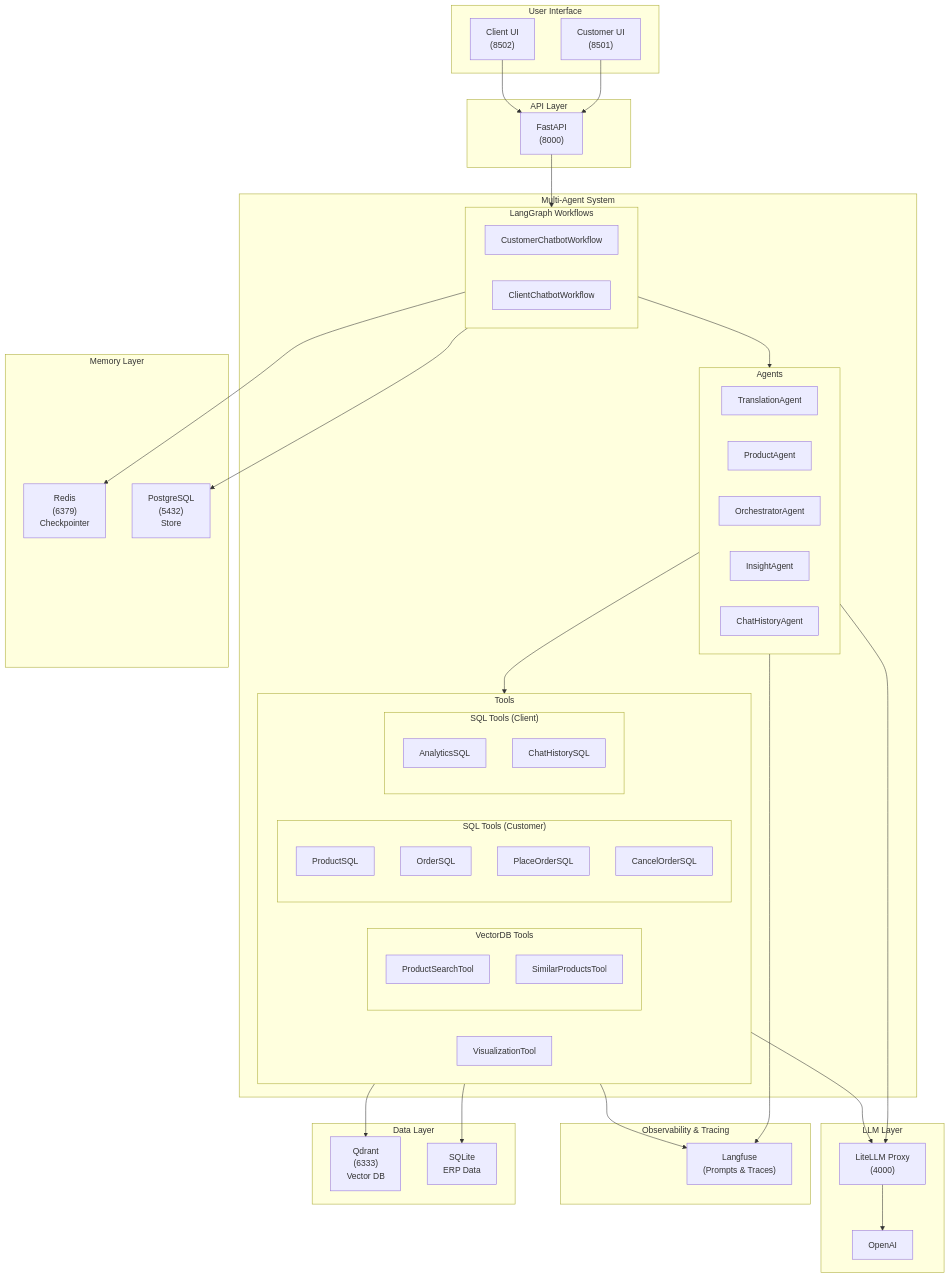
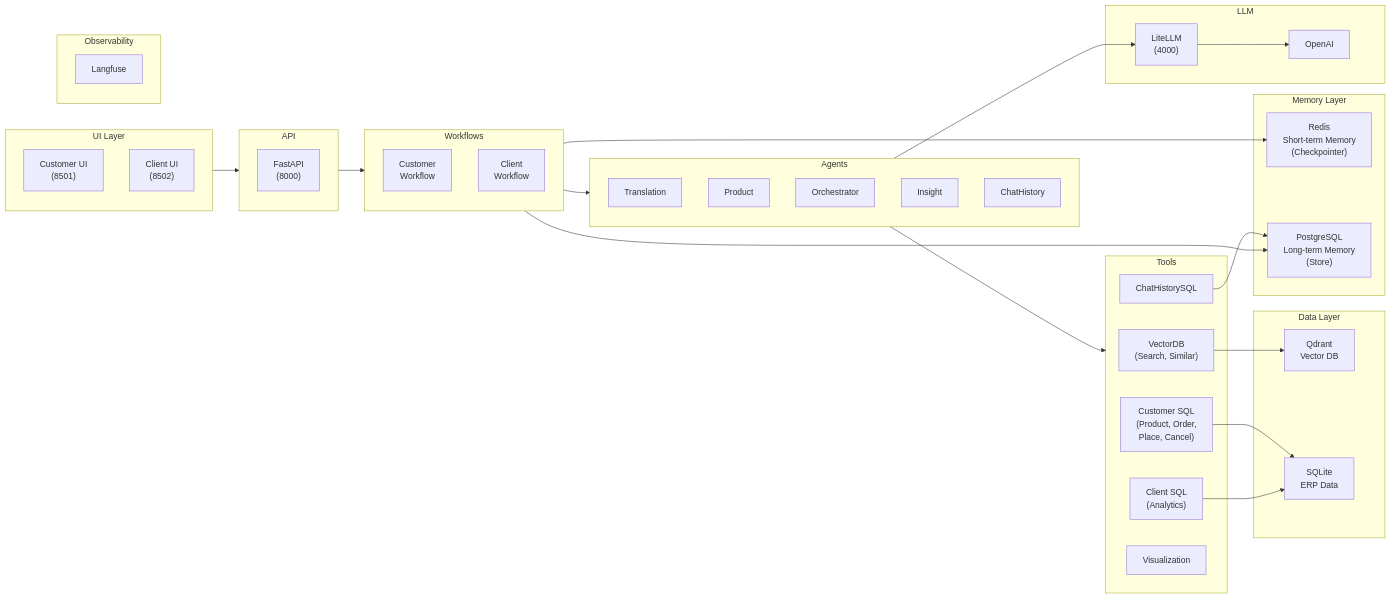
Before and after one commit to mhokchuekchuek/mtl_agent: the diagram in docs/assets/diagrams/misc/README_1.mmd, drawn with Mermaid. The commit also changed 11 other files, not shown here.

Commit message:
docs: update diagrams and documentation files

```diff
--- a/docs/assets/diagrams/misc/README_1.mmd
+++ b/docs/assets/diagrams/misc/README_1.mmd
@@ -1,74 +1,58 @@
-flowchart TB
-    subgraph UI["User Interface"]
+flowchart LR
+    subgraph UI["UI Layer"]
         CustomerUI["Customer UI<br/>(8501)"]
         ClientUI["Client UI<br/>(8502)"]
     end
 
-    subgraph API["API Layer"]
+    subgraph API["API"]
         FastAPI["FastAPI<br/>(8000)"]
     end
 
-    subgraph MAS["Multi-Agent System"]
-        subgraph Workflows["LangGraph Workflows"]
-            CustomerWorkflow["CustomerChatbotWorkflow"]
-            ClientWorkflow["ClientChatbotWorkflow"]
-        end
-        subgraph Agents["Agents"]
-            Translation["TranslationAgent"]
-            Product["ProductAgent"]
-            Orchestrator["OrchestratorAgent"]
-            Insight["InsightAgent"]
-            ChatHistoryAgent["ChatHistoryAgent"]
-        end
-        subgraph Tools["Tools"]
-            subgraph VectorDB["VectorDB Tools"]
-                Search["ProductSearchTool"]
-                Similar["SimilarProductsTool"]
-            end
-            subgraph SQLCustomer["SQL Tools (Customer)"]
-                ProductSQL["ProductSQL"]
-                OrderSQL["OrderSQL"]
-                PlaceOrder["PlaceOrderSQL"]
-                CancelOrder["CancelOrderSQL"]
-            end
-            subgraph SQLClient["SQL Tools (Client)"]
-                Analytics["AnalyticsSQL"]
-                ChatHistory["ChatHistorySQL"]
-            end
-            Viz["VisualizationTool"]
-        end
+    subgraph Workflows["Workflows"]
+        CustomerWF["Customer<br/>Workflow"]
+        ClientWF["Client<br/>Workflow"]
     end
 
-    subgraph LLM["LLM Layer"]
-        LiteLLM["LiteLLM Proxy<br/>(4000)"]
+    subgraph Agents["Agents"]
+        Translation["Translation"]
+        Product["Product"]
+        Orchestrator["Orchestrator"]
+        Insight["Insight"]
+        ChatHistoryAgent["ChatHistory"]
+    end
+
+    subgraph Tools["Tools"]
+        VectorTools["VectorDB<br/>(Search, Similar)"]
+        CustomerSQL["Customer SQL<br/>(Product, Order,<br/>Place, Cancel)"]
+        ClientSQL["Client SQL<br/>(Analytics)"]
+        ChatHistorySQL["ChatHistorySQL"]
+        Viz["Visualization"]
+    end
+
+    subgraph LLM["LLM"]
+        LiteLLM["LiteLLM<br/>(4000)"]
         OpenAI["OpenAI"]
     end
 
-    subgraph Observability["Observability & Tracing"]
-        Langfuse["Langfuse<br/>(Prompts & Traces)"]
+    subgraph Data["Data Layer"]
+        Qdrant["Qdrant<br/>Vector DB"]
+        SQLite["SQLite<br/>ERP Data"]
     end
 
     subgraph Memory["Memory Layer"]
-        Redis["Redis<br/>(6379)<br/>Checkpointer"]
-        Postgres["PostgreSQL<br/>(5432)<br/>Store"]
+        Redis["Redis<br/>Short-term Memory<br/>(Checkpointer)"]
+        Postgres["PostgreSQL<br/>Long-term Memory<br/>(Store)"]
     end
 
-    subgraph Data["Data Layer"]
-        Qdrant["Qdrant<br/>(6333)<br/>Vector DB"]
-        SQLite["SQLite<br/>ERP Data"]
+    subgraph Obs["Observability"]
+        Langfuse["Langfuse"]
     end
 
-    CustomerUI --> FastAPI
-    ClientUI --> FastAPI
-    FastAPI --> Workflows
-    Workflows --> Agents
-    Agents --> Tools
-    Agents --> LiteLLM
-    Agents --> Langfuse
-    Tools --> LiteLLM
-    Tools --> Langfuse
-    LiteLLM --> OpenAI
-    Tools --> Qdrant
-    Tools --> SQLite
+    UI --> API --> Workflows --> Agents --> Tools
+    Agents --> LiteLLM --> OpenAI
+    VectorTools --> Qdrant
+    CustomerSQL --> SQLite
+    ClientSQL --> SQLite
     Workflows --> Redis
     Workflows --> Postgres
+    ChatHistorySQL --> Postgres
```
